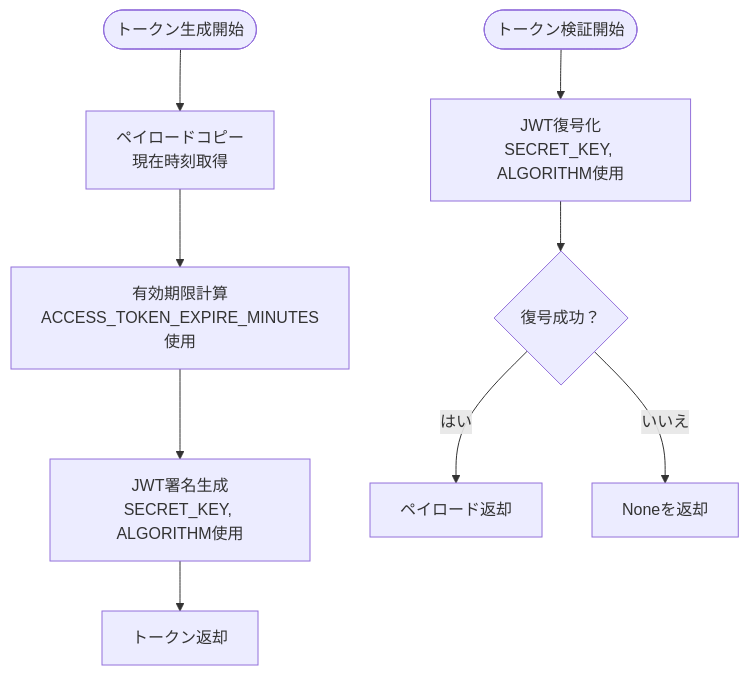
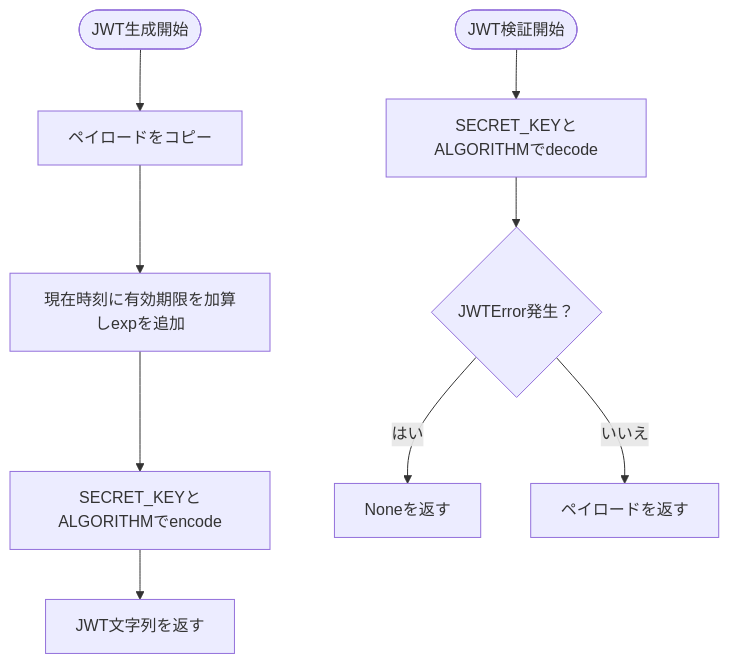
One commit to ss8806/Todos changed the third of 7 diagrams in .qoder/repowiki/ja/content/認証システム/JWTトークン管理.md. Above: the diagram before and after it, drawn with Mermaid. The commit also changed other lines of this file and 106 other files, not shown here.

````diff
--- a/.qoder/repowiki/ja/content/認証システム/JWTトークン管理.md
+++ b/.qoder/repowiki/ja/content/認証システム/JWTトークン管理.md
@@ -114,11 +153,11 @@
 ```mermaid
 flowchart TD
-Start(["トークン生成開始"]) --> Prepare["ペイロードコピー<br/>現在時刻取得"]
-Prepare --> SetExpire["有効期限計算<br/>ACCESS_TOKEN_EXPIRE_MINUTES使用"]
-SetExpire --> Encode["JWT署名生成<br/>SECRET_KEY, ALGORITHM使用"]
-Encode --> ReturnToken["トークン返却"]
-DecodeStart(["トークン検証開始"]) --> TryDecode["JWT復号化<br/>SECRET_KEY, ALGORITHM使用"]
-TryDecode --> DecodeSuccess{"復号成功？"}
-DecodeSuccess --> |はい| ReturnPayload["ペイロード返却"]
-DecodeSuccess --> |いいえ| ReturnNone["Noneを返却"]
+Start(["JWT生成開始"]) --> Copy["ペイロードをコピー"]
+Copy --> SetExp["現在時刻に有効期限を加算しexpを追加"]
+SetExp --> Encode["SECRET_KEYとALGORITHMでencode"]
+Encode --> Return["JWT文字列を返す"]
+DecodeStart(["JWT検証開始"]) --> Decode["SECRET_KEYとALGORITHMでdecode"]
+Decode --> Try{"JWTError発生？"}
+Try --> |はい| ReturnNone["Noneを返す"]
+Try --> |いいえ| ReturnPayload["ペイロードを返す"]
 ```
````
